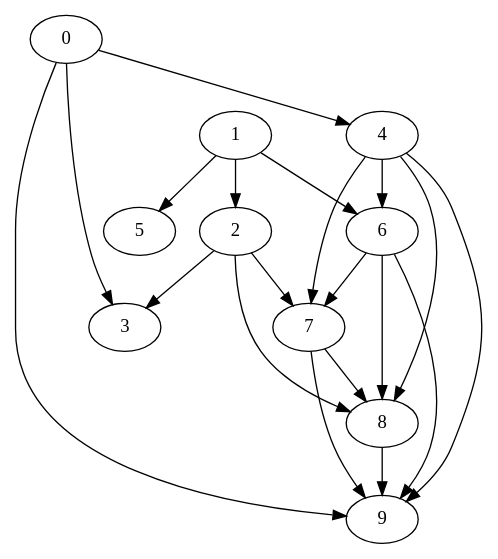
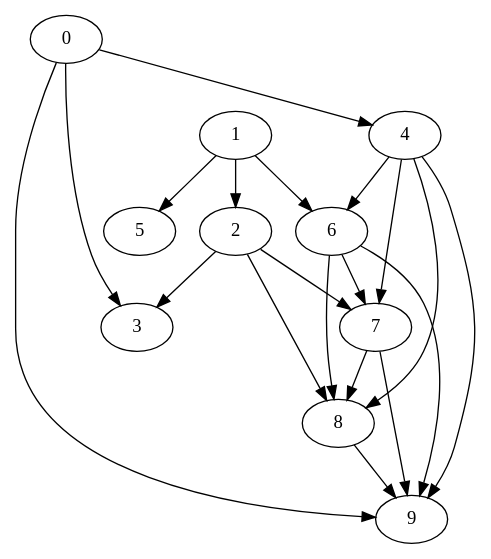
The diagram in INPUT-output.dot (dder725/ProcessScheduler), drawn with Graphviz before and after one commit. The commit also changed 4 other files, not shown here.

```diff
--- a/INPUT-output.dot
+++ b/INPUT-output.dot
@@ -1,32 +1,32 @@
 digraph " Output " {
-0           [Weight=6,Start=0,Processor=0];
+5           [Weight=7,Start=33,Processor=0];
+3           [Weight=10,Start=40,Processor=1];
+0           [Weight=6,Start=0,Processor=2];
 0 -> 3      [Weight = 34];
 0 -> 4      [Weight = 24];
 0 -> 9      [Weight = 44];
-1           [Weight=5,Start=6,Processor=0];
-1 -> 2      [Weight = 48];
-1 -> 5      [Weight = 19];
-1 -> 6      [Weight = 39];
-2           [Weight=5,Start=11,Processor=0];
-2 -> 3      [Weight = 10];
-2 -> 7      [Weight = 48];
-2 -> 8      [Weight = 48];
-4           [Weight=3,Start=16,Processor=0];
+4           [Weight=3,Start=6,Processor=2];
 4 -> 6      [Weight = 10];
 4 -> 7      [Weight = 48];
 4 -> 8      [Weight = 48];
 4 -> 9      [Weight = 39];
-6           [Weight=8,Start=19,Processor=0];
+1           [Weight=5,Start=9,Processor=2];
+1 -> 2      [Weight = 48];
+1 -> 5      [Weight = 19];
+1 -> 6      [Weight = 39];
+2           [Weight=5,Start=14,Processor=2];
+2 -> 3      [Weight = 10];
+2 -> 7      [Weight = 48];
+2 -> 8      [Weight = 48];
+6           [Weight=8,Start=19,Processor=2];
 6 -> 7      [Weight = 15];
 6 -> 8      [Weight = 39];
 6 -> 9      [Weight = 29];
-7           [Weight=3,Start=27,Processor=0];
+7           [Weight=3,Start=27,Processor=2];
 7 -> 8      [Weight = 15];
 7 -> 9      [Weight = 34];
-8           [Weight=8,Start=30,Processor=0];
+8           [Weight=8,Start=30,Processor=2];
 8 -> 9      [Weight = 39];
-9           [Weight=8,Start=38,Processor=0];
-5           [Weight=7,Start=30,Processor=1];
-3           [Weight=10,Start=40,Processor=1];
+9           [Weight=8,Start=38,Processor=2];
 
 }
```
